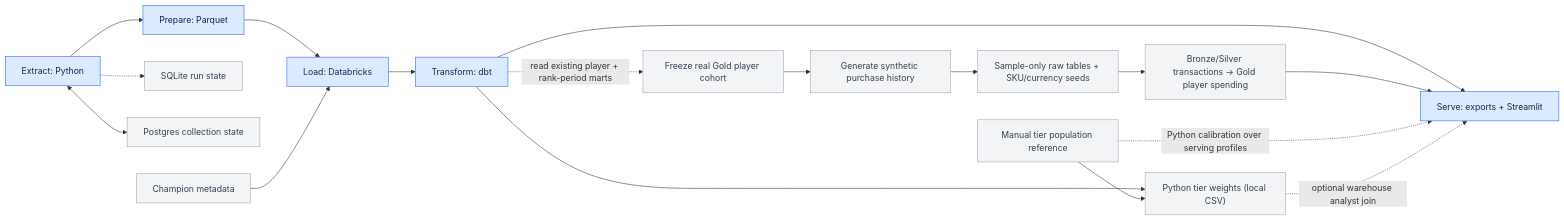
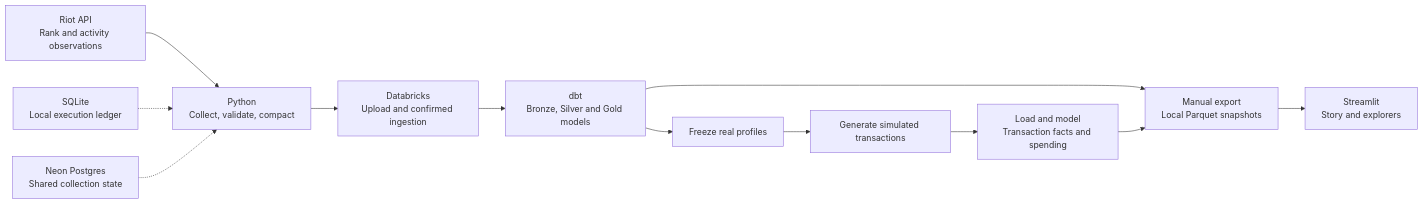
The diagram in README.md (Pedro-Iaki/league-specialization-etl), drawn with Mermaid before and after one commit. The commit also changed other lines of this file and 27 other files, not shown here.

````diff
--- a/README.md
+++ b/README.md
@@ -46,37 +26,14 @@
 ```mermaid
-    flowchart LR
-    A["Extract: Python"]
-    B["Prepare: Parquet"]
-    C["Load: Databricks"]
-    D["Transform: dbt"]
-    E["Serve: exports + Streamlit"]
-
-    A --> B --> C --> D --> E
-
-    S["SQLite run state"]
-    P["Postgres collection state"]
-    M["Champion metadata"]
-
-    A -.-> S
-    A <--> P
-    M --> C
-
-    F["Freeze real Gold player cohort"]
-    G["Generate synthetic purchase history"]
-    R["Sample-only raw tables + SKU/currency seeds"]
-    T["Bronze/Silver transactions → Gold player spending"]
-    Q["Manual tier population reference"]
-    W["Python tier weights (local CSV)"]
-    D -. "read existing player + rank-period marts" .-> F
-    F --> G --> R --> T --> E
-    D --> W
-    Q --> W
-    Q -. "Python calibration over serving profiles" .-> E
-    W -. "optional warehouse analyst join" .-> E
-
-    classDef stage fill:#dbeafe,stroke:#2563eb,color:#172554
-    classDef supporting fill:#f3f4f6,stroke:#9ca3af,color:#374151
-    class A,B,C,D,E stage
-    class S,P,M supporting
-    class F,G,R,T,Q,W supporting
+flowchart LR
+    riot["Riot API<br/>Rank and activity observations"] --> collect["Python<br/>Collect, validate, compact"]
+    collect --> ingest["Databricks<br/>Upload and confirmed ingestion"]
+    ingest --> models["dbt<br/>Bronze, Silver and Gold models"]
+    models --> export["Manual export<br/>Local Parquet snapshots"]
+    export --> dashboard["Streamlit<br/>Story and explorers"]
+    sqlite["SQLite<br/>Local execution ledger"] -.-> collect
+    neon["Neon Postgres<br/>Shared collection state"] -.-> collect
+    models --> cohort["Freeze real profiles"]
+    cohort --> generated["Generate simulated transactions"]
+    generated --> business["Load and model<br/>Transaction facts and spending"]
+    business --> export
 ```
````
